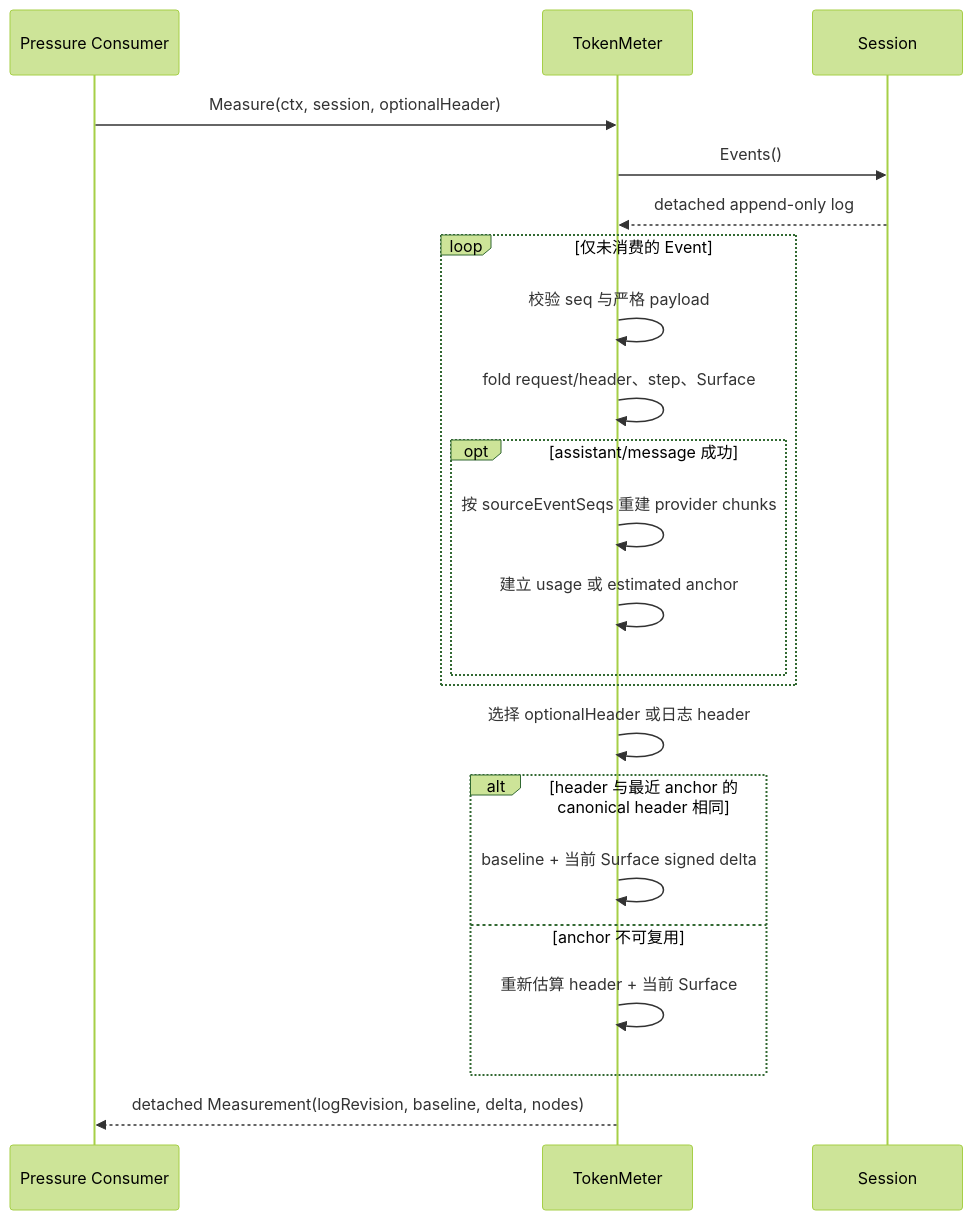
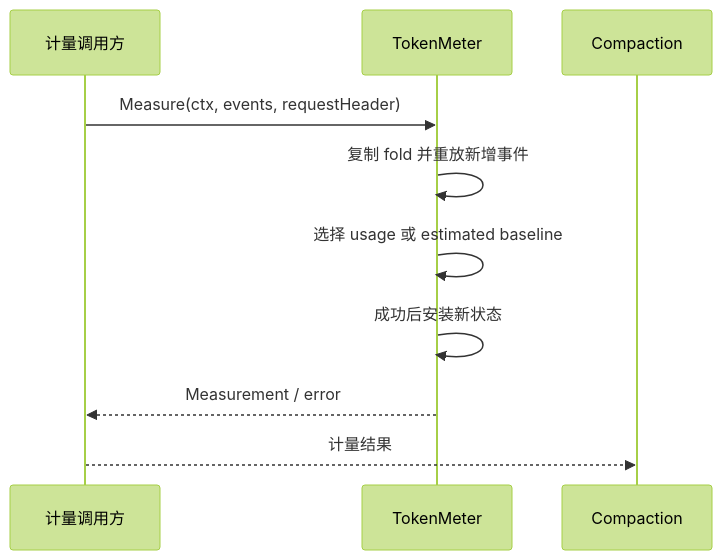
The diagram in llm/tokenmeter/README.zh-CN.md (gorenx/goren), drawn with Mermaid (forest theme) before and after one commit. The commit also changed other lines of this file and 15 other files, not shown here.

````diff
--- a/llm/tokenmeter/README.zh-CN.md
+++ b/llm/tokenmeter/README.zh-CN.md
@@ -130,27 +24,12 @@
 ```mermaid
 sequenceDiagram
-    participant C as Pressure Consumer
+    participant A as 计量调用方
     participant M as TokenMeter
-    participant S as Session
-
-    C->>M: Measure(ctx, session, optionalHeader)
-    M->>S: Events()
-    S-->>M: detached append-only log
-
-    loop 仅未消费的 Event
-        M->>M: 校验 seq 与严格 payload
-        M->>M: fold request/header、step、Surface
-        opt assistant/message 成功
-            M->>M: 按 sourceEventSeqs 重建 provider chunks
-            M->>M: 建立 usage 或 estimated anchor
-        end
-    end
-
-    M->>M: 选择 optionalHeader 或日志 header
-    alt header 与最近 anchor 的 canonical header 相同
-        M->>M: baseline + 当前 Surface signed delta
-    else anchor 不可复用
-        M->>M: 重新估算 header + 当前 Surface
-    end
-    M-->>C: detached Measurement(logRevision, baseline, delta, nodes)
+    participant C as Compaction
+    A->>M: Measure(ctx, events, requestHeader)
+    M->>M: 复制 fold 并重放新增事件
+    M->>M: 选择 usage 或 estimated baseline
+    M->>M: 成功后安装新状态
+    M-->>A: Measurement / error
+    A-->>C: 计量结果
 ```
````
